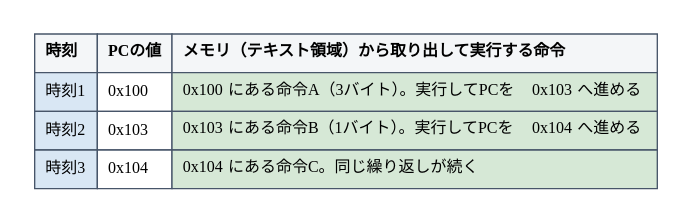
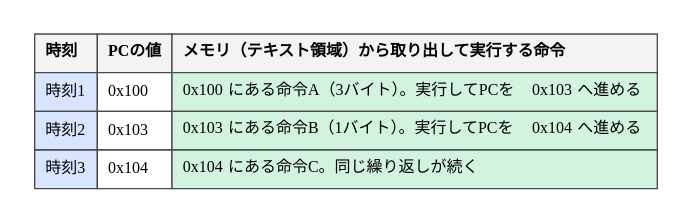
Before and after one commit to ymotongpoo/zenn.dev: the diagram in diagrams/go-ebpf-primer/20260820-fetch-execute-loop.dot, drawn with Graphviz. The commit also changed 111 other files, not shown here.

First line of the commit message:
change(go-ebpf-primer): 図の配色をGrafana Labsブランドガイド準拠に更新

```diff
--- a/diagrams/go-ebpf-primer/20260820-fetch-execute-loop.dot
+++ b/diagrams/go-ebpf-primer/20260820-fetch-execute-loop.dot
@@ -1,35 +1,35 @@
 // CPUは命令を1つずつ実行する
 digraph fetch_execute_loop {
   graph [
     fontname="IBM Plex Sans JP", fontsize=13,
     splines=ortho,
     bgcolor="white", pad=0.25
   ];
   node [
     fontname="IBM Plex Sans JP", fontsize=12,
     shape=box, style="rounded,filled",
-    fillcolor="#F1F5F9", color="#475569", penwidth=1.6,
+    fillcolor="#F1F1F1", color="#4A4A4A", penwidth=1.6,
     margin="0.2,0.14"
   ];
   edge [
     fontname="IBM Plex Sans JP", fontsize=11,
-    color="#334155", penwidth=1.4, arrowsize=0.9,
-    fontcolor="#1E293B"
+    color="#343434", penwidth=1.4, arrowsize=0.9,
+    fontcolor="#171717"
   ];
 
   loop [shape=plain, style="", label=<
-    <table border="0" cellborder="1" cellspacing="0" cellpadding="7" color="#475569">
-      <tr><td align="left" bgcolor="#F4F6F8"><b>時刻</b></td>
-          <td align="left" bgcolor="#F4F6F8"><b>PCの値</b></td>
-          <td align="left" bgcolor="#F4F6F8"><b>メモリ（テキスト領域）から取り出して実行する命令</b></td></tr>
-      <tr><td align="left" bgcolor="#D9E7F4">時刻1</td>
+    <table border="0" cellborder="1" cellspacing="0" cellpadding="7" color="#4A4A4A">
+      <tr><td align="left" bgcolor="#F3F3F3"><b>時刻</b></td>
+          <td align="left" bgcolor="#F3F3F3"><b>PCの値</b></td>
+          <td align="left" bgcolor="#F3F3F3"><b>メモリ（テキスト領域）から取り出して実行する命令</b></td></tr>
+      <tr><td align="left" bgcolor="#D8E5FF">時刻1</td>
           <td align="left" bgcolor="#FFFFFF"><font face="JetBrains Mono">0x100</font></td>
-          <td align="left" bgcolor="#D6E8D6"><font face="JetBrains Mono">0x100</font> にある命令A（3バイト）。実行してPCを <font face="JetBrains Mono">0x103</font> へ進める</td></tr>
-      <tr><td align="left" bgcolor="#D9E7F4">時刻2</td>
+          <td align="left" bgcolor="#D2F3DF"><font face="JetBrains Mono">0x100</font> にある命令A（3バイト）。実行してPCを <font face="JetBrains Mono">0x103</font> へ進める</td></tr>
+      <tr><td align="left" bgcolor="#D8E5FF">時刻2</td>
           <td align="left" bgcolor="#FFFFFF"><font face="JetBrains Mono">0x103</font></td>
-          <td align="left" bgcolor="#D6E8D6"><font face="JetBrains Mono">0x103</font> にある命令B（1バイト）。実行してPCを <font face="JetBrains Mono">0x104</font> へ進める</td></tr>
-      <tr><td align="left" bgcolor="#D9E7F4">時刻3</td>
+          <td align="left" bgcolor="#D2F3DF"><font face="JetBrains Mono">0x103</font> にある命令B（1バイト）。実行してPCを <font face="JetBrains Mono">0x104</font> へ進める</td></tr>
+      <tr><td align="left" bgcolor="#D8E5FF">時刻3</td>
           <td align="left" bgcolor="#FFFFFF"><font face="JetBrains Mono">0x104</font></td>
-          <td align="left" bgcolor="#D6E8D6"><font face="JetBrains Mono">0x104</font> にある命令C。同じ繰り返しが続く</td></tr>
+          <td align="left" bgcolor="#D2F3DF"><font face="JetBrains Mono">0x104</font> にある命令C。同じ繰り返しが続く</td></tr>
     </table>>];
 }
```
